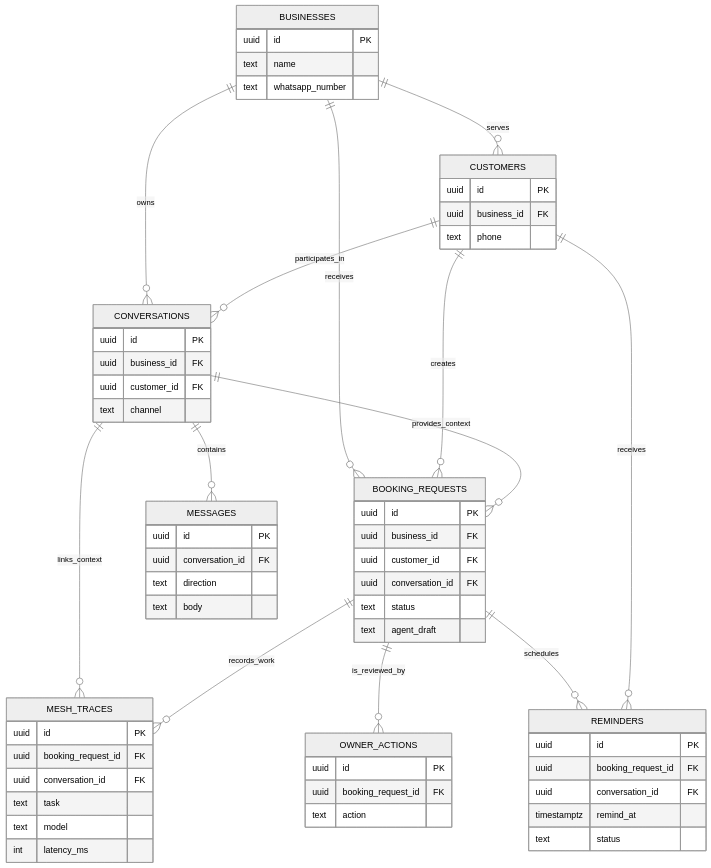
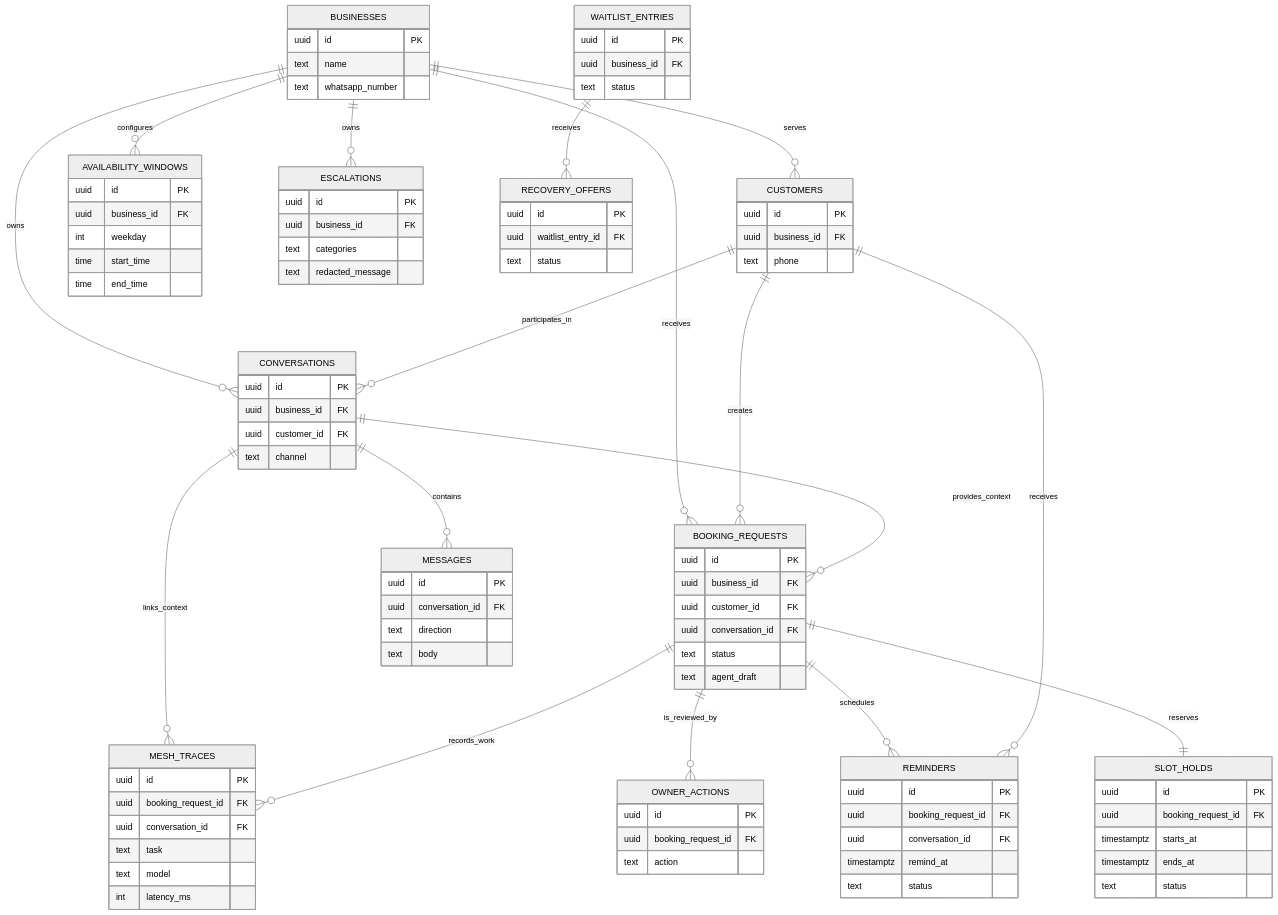
The fourth of 5 diagrams in ARCHITECTURE.md (N-45div/SlotWaala), drawn with Mermaid (neutral theme) before and after one commit. The commit also changed other lines of this file and 31 other files, not shown here.

Commit message:
Add safe slot recovery workflow

````diff
--- a/ARCHITECTURE.md
+++ b/ARCHITECTURE.md
@@ -105,6 +106,10 @@
   BOOKING_REQUESTS ||--o{ MESH_TRACES : records_work
   BOOKING_REQUESTS ||--o{ OWNER_ACTIONS : is_reviewed_by
   BOOKING_REQUESTS ||--o{ REMINDERS : schedules
+  BUSINESSES ||--o{ AVAILABILITY_WINDOWS : configures
+  BOOKING_REQUESTS ||--|| SLOT_HOLDS : reserves
+  BUSINESSES ||--o{ ESCALATIONS : owns
+  WAITLIST_ENTRIES ||--o{ RECOVERY_OFFERS : receives
   CUSTOMERS ||--o{ REMINDERS : receives
 
   BUSINESSES {
@@ -157,4 +162,34 @@
     timestamptz remind_at
     text status
   }
+  AVAILABILITY_WINDOWS {
+    uuid id PK
+    uuid business_id FK
+    int weekday
+    time start_time
+    time end_time
+  }
+  SLOT_HOLDS {
+    uuid id PK
+    uuid booking_request_id FK
+    timestamptz starts_at
+    timestamptz ends_at
+    text status
+  }
+  ESCALATIONS {
+    uuid id PK
+    uuid business_id FK
+    text categories
+    text redacted_message
+  }
+  WAITLIST_ENTRIES {
+    uuid id PK
+    uuid business_id FK
+    text status
+  }
+  RECOVERY_OFFERS {
+    uuid id PK
+    uuid waitlist_entry_id FK
+    text status
+  }
 ```
````
